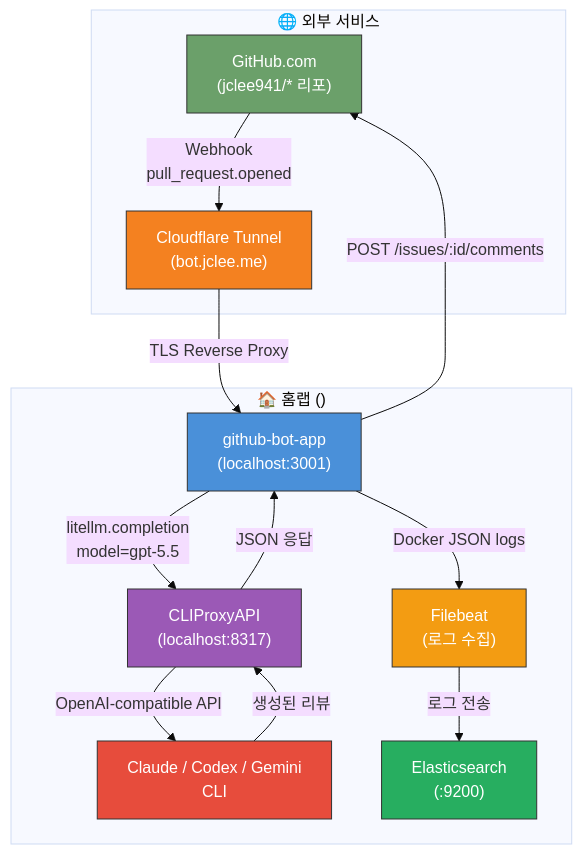
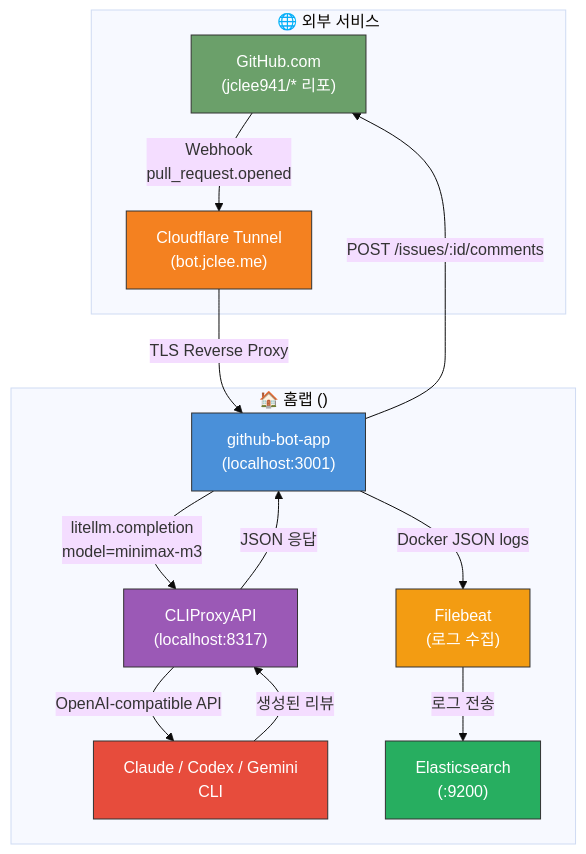
Before and after one commit to jclee941/.github: the first of 9 diagrams in docs/architecture.md, drawn with Mermaid (base theme). The commit also changed other lines of this file and 4 other files, not shown here.

First line of the commit message:
docs: reflect minimax-m3 primary, gpt-5.5 fallback

````diff
--- a/docs/architecture.md
+++ b/docs/architecture.md
@@ -10,33 +10,33 @@
 ```mermaid
 flowchart TB
     subgraph 외부_서비스["🌐 외부 서비스"]
         GH["GitHub.com<br/>(jclee941/* 리포)"]
         CF["Cloudflare Tunnel<br/>(bot.jclee.me)"]
     end
 
     subgraph 홈랩["🏠 홈랩 (<homelab-host>)"]
         WEB["github-bot-app<br/>(localhost:3001)"]
         PROXY["CLIProxyAPI<br/>(localhost:8317)"]
         LLM["Claude / Codex / Gemini<br/>CLI"]
         FB["Filebeat<br/>(로그 수집)"]
         ES["Elasticsearch<br/>(<homelab-elk>:9200)"]
     end
 
     GH -->|"Webhook<br/>pull_request.opened"| CF
     CF -->|"TLS Reverse Proxy"| WEB
-    WEB -->|"litellm.completion<br/>model=gpt-5.5"| PROXY
+    WEB -->|"litellm.completion<br/>model=minimax-m3"| PROXY
     WEB -->|"Docker JSON logs"| FB
     FB -->|"로그 전송"| ES
     PROXY -->|"OpenAI-compatible API"| LLM
     LLM -->|"생성된 리뷰"| PROXY
     PROXY -->|"JSON 응답"| WEB
     WEB -->|"POST /issues/:id/comments"| GH
 
     style GH fill:#6ba06a,stroke:#333,color:#fff
     style CF fill:#f48120,stroke:#333,color:#fff
     style WEB fill:#4a90d9,stroke:#333,color:#fff
     style PROXY fill:#9b59b6,stroke:#333,color:#fff
     style LLM fill:#e74c3c,stroke:#333,color:#fff
     style FB fill:#f39c12,stroke:#333,color:#fff
     style ES fill:#27ae60,stroke:#333,color:#fff
 ```
````
